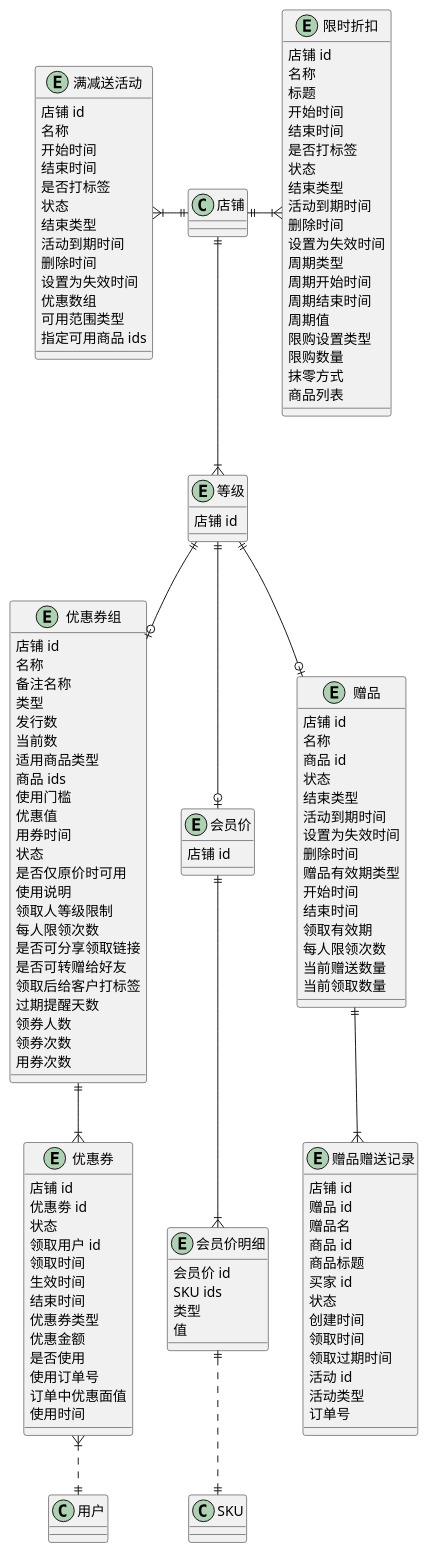
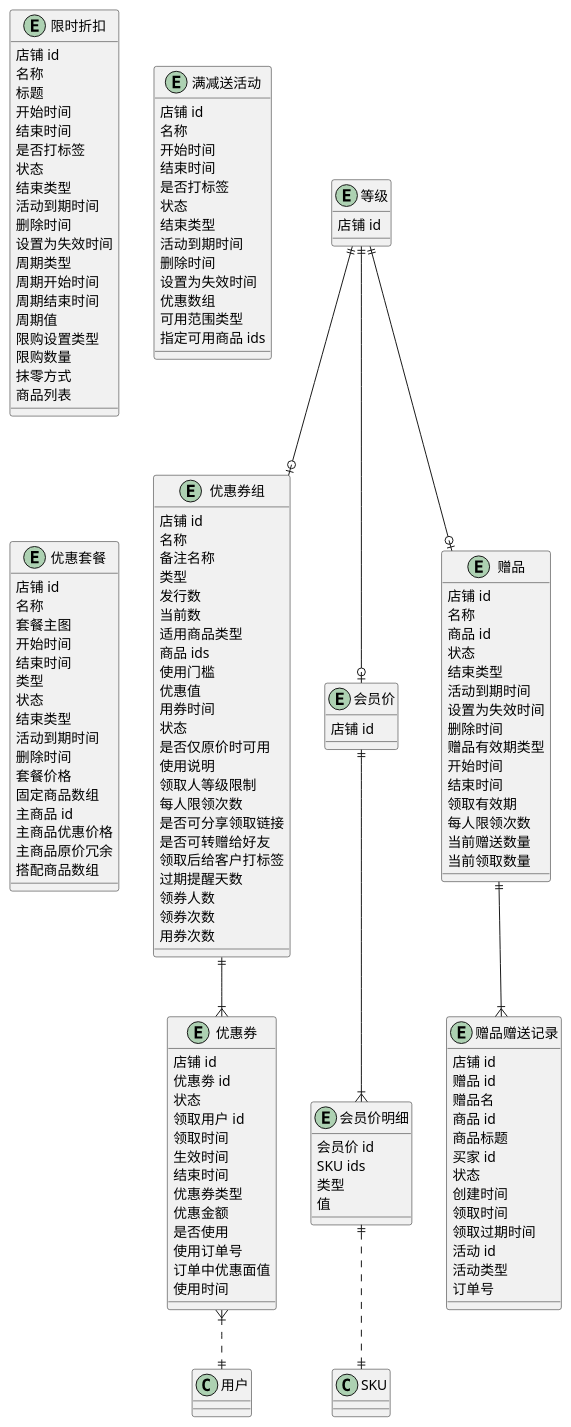
One commit to awesomecat2020/mock-mall changed the diagram in 营销.wsd. Above: the diagram before and after it, drawn with PlantUML.

Commit message:
优惠套餐

```diff
--- a/营销.wsd
+++ b/营销.wsd
@@ -220,11 +220,49 @@
     可用范围类型
     指定可用商品 ids
 }
+entity 优惠套餐 {
+    店铺 id
+    名称
+    套餐主图
+    开始时间
+    结束时间
+    ' 1-固定套餐
+    ' 2-搭配套餐
+    类型
+    ' 1-未开始
+    ' 2-进行中
+    ' 3-已结束
+    ' 4-已删除
+    状态
+    ' 1-活动到期
+    ' 2-手动删除
+    结束类型
+    活动到期时间
+    删除时间
+    套餐价格
+    ' 商品原价最小值
+    ' 商品原价最大值
+    ' ========== 固定套餐使用 ==========
+    ' [{
+    '   商品 id: '',
+    '   商品 SKU id: '',
+    '   优惠价格: '',
+    '   原价: ''
+    ' }]
+    固定商品数组
+    ' ========== 搭配套餐使用 ==========
+    主商品 id
+    主商品优惠价格
+    主商品原价冗余
+    ' [{
+    '   商品 id: '',
+    '   商品 SKU id: '',
+    '   优惠价格: '',
+    '   原价: ''
+    ' }]
+    搭配商品数组
+}
 
-' 店铺
-店铺 ||--|{ 等级
-店铺 ||-|{ 限时折扣
-店铺 ||-l-|{ 满减送活动
 ' 等级
 等级 ||--o| 赠品
 等级 ||--o| 优惠券组
```
